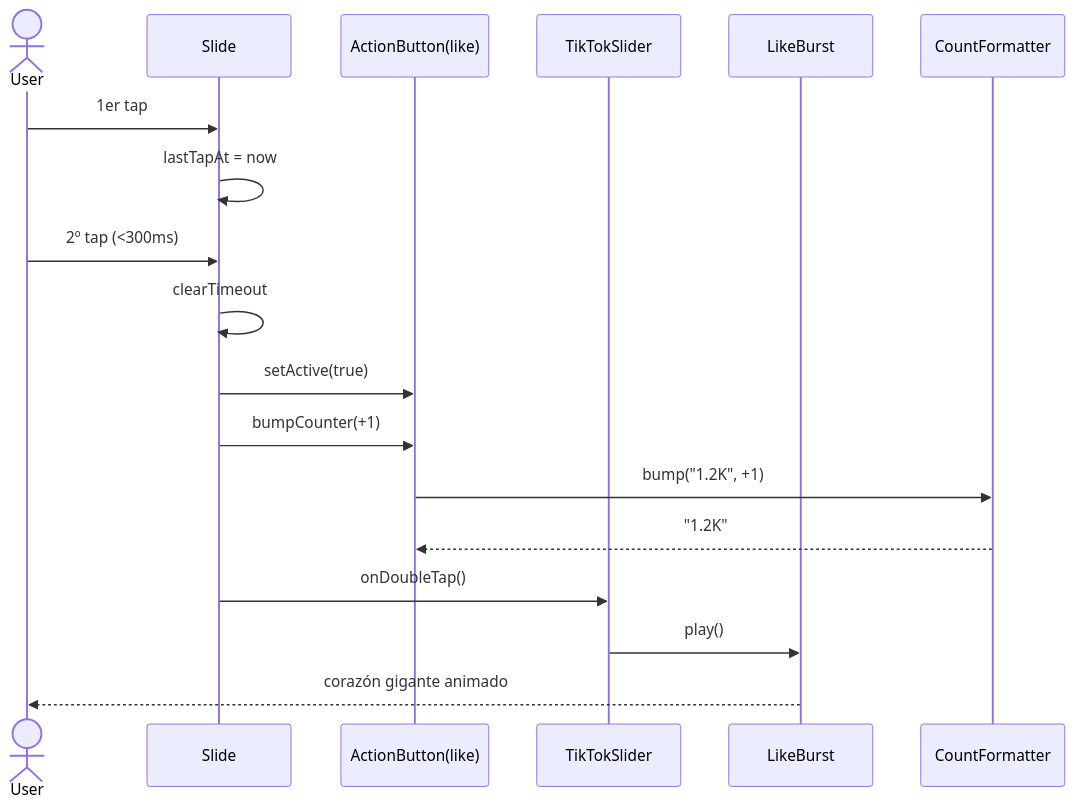
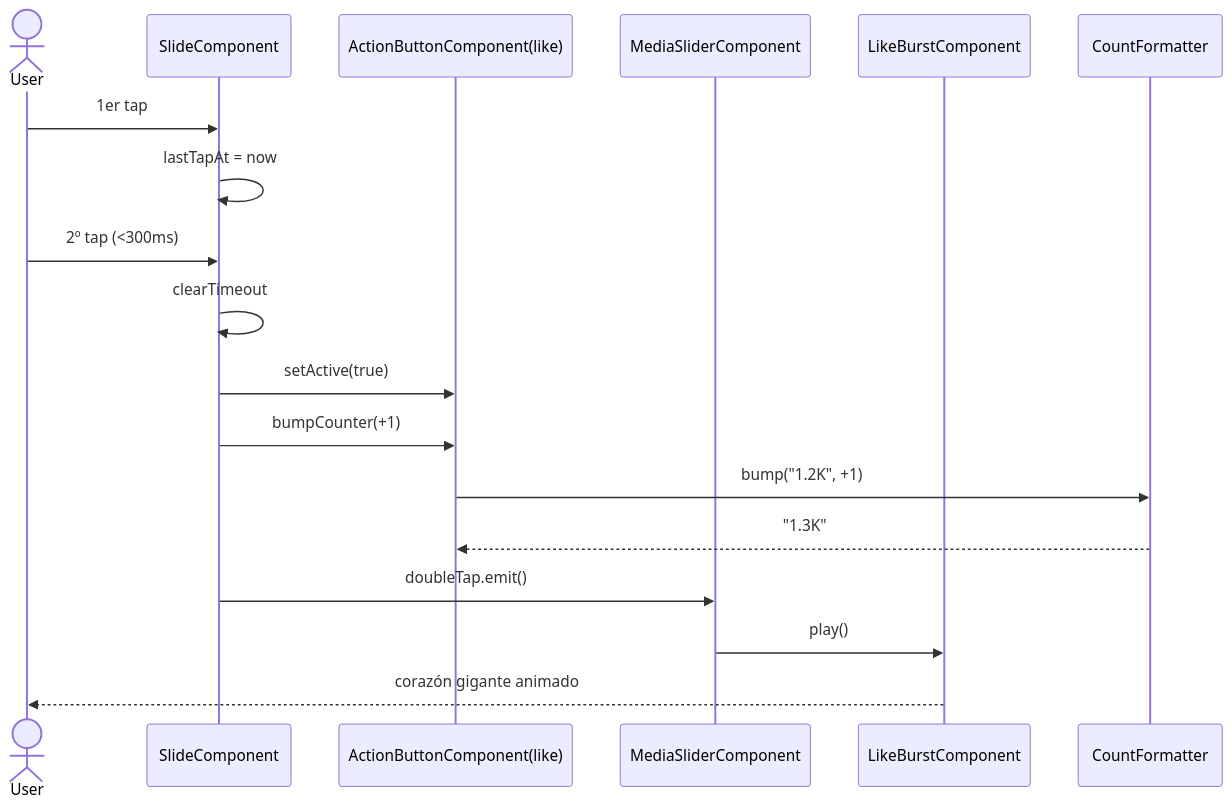
Before and after one commit to FranMaster08/media-slider: the fifth of 8 diagrams in CLASS_DIAGRAM.md, drawn with Mermaid. The commit also changed other lines of this file and 47 other files, not shown here.

First line of the commit message:
feat: renombrar a media-slider y añadir persistencia con json-server

````diff
--- a/CLASS_DIAGRAM.md
+++ b/CLASS_DIAGRAM.md
@@ -102,20 +214,20 @@
 ```mermaid
 sequenceDiagram
     actor User
-    participant S as Slide
-    participant A as ActionButton(like)
-    participant T as TikTokSlider
-    participant B as LikeBurst
+    participant S as SlideComponent
+    participant A as ActionButtonComponent(like)
+    participant T as MediaSliderComponent
+    participant B as LikeBurstComponent
 
     User->>S: 1er tap
     S->>S: lastTapAt = now
     User->>S: 2º tap (<300ms)
     S->>S: clearTimeout
     S->>A: setActive(true)
     S->>A: bumpCounter(+1)
     A->>CountFormatter: bump("1.2K", +1)
-    CountFormatter-->>A: "1.2K"
-    S->>T: onDoubleTap()
+    CountFormatter-->>A: "1.3K"
+    S->>T: doubleTap.emit()
     T->>B: play()
     B-->>User: corazón gigante animado
 ```
````
